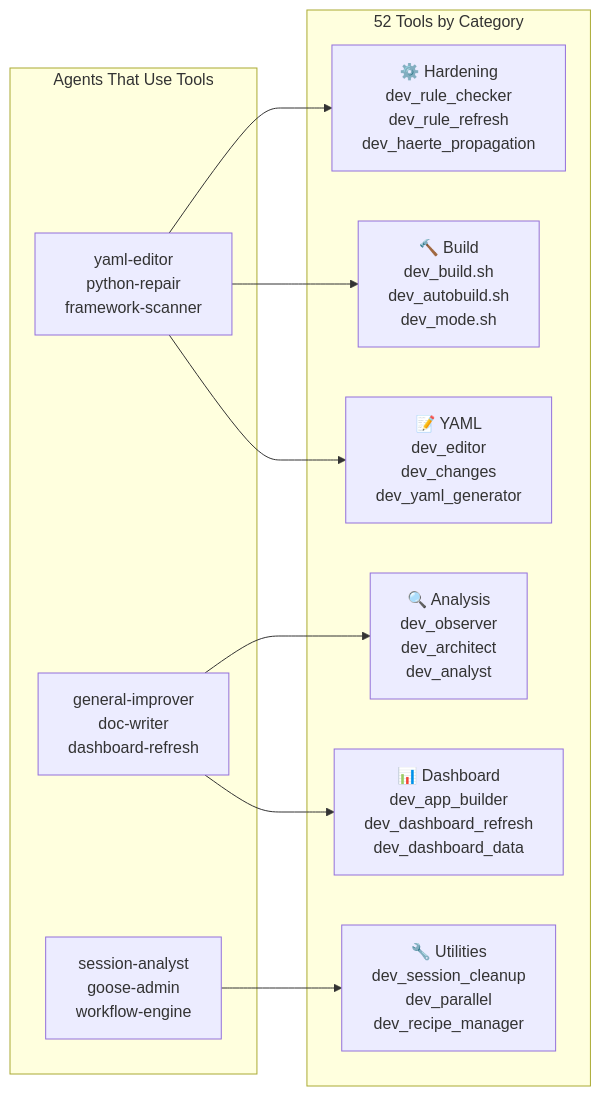
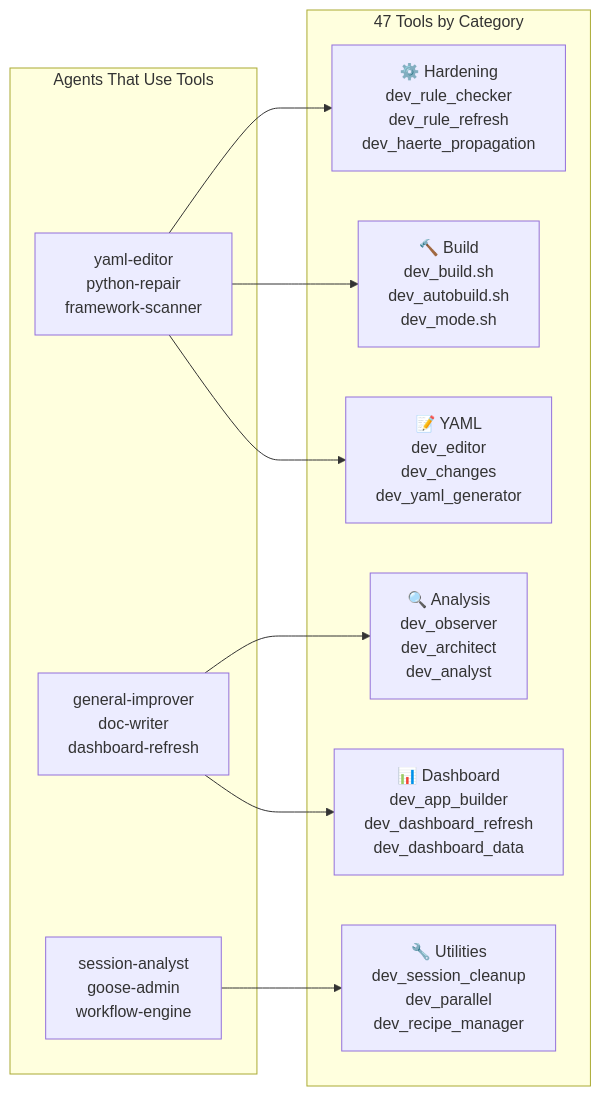
The fifth of 5 diagrams in docs/architecture.md (mczardybon/mas-engineer), drawn with Mermaid before and after one commit. The commit also changed other lines of this file and 5 other files, not shown here.

Commit message:
docs: fix tool counts 52→47, POC claim, Mermaid bug, pie chart, patterns

````diff
--- a/docs/architecture.md
+++ b/docs/architecture.md
@@ -249,20 +249,20 @@
 ```mermaid
 flowchart LR
     subgraph AGENTS["Agents That Use Tools"]
         A1["yaml-editor\npython-repair\nframework-scanner"]
         A2["general-improver\ndoc-writer\ndashboard-refresh"]
         A3["session-analyst\ngoose-admin\nworkflow-engine"]
     end
-    subgraph TOOLS["52 Tools by Category"]
+    subgraph TOOLS["47 Tools by Category"]
         T1["⚙️ Hardening\ndev_rule_checker\ndev_rule_refresh\ndev_haerte_propagation"]
         T2["🔨 Build\ndev_build.sh\ndev_autobuild.sh\ndev_mode.sh"]
         T3["🔍 Analysis\ndev_observer\ndev_architect\ndev_analyst"]
         T4["📝 YAML\ndev_editor\ndev_changes\ndev_yaml_generator"]
         T5["📊 Dashboard\ndev_app_builder\ndev_dashboard_refresh\ndev_dashboard_data"]
         T6["🔧 Utilities\ndev_session_cleanup\ndev_parallel\ndev_recipe_manager"]
     end
 
     A1 --> T1 & T2 & T4
     A2 --> T3 & T5
     A3 --> T6
 ```
````
